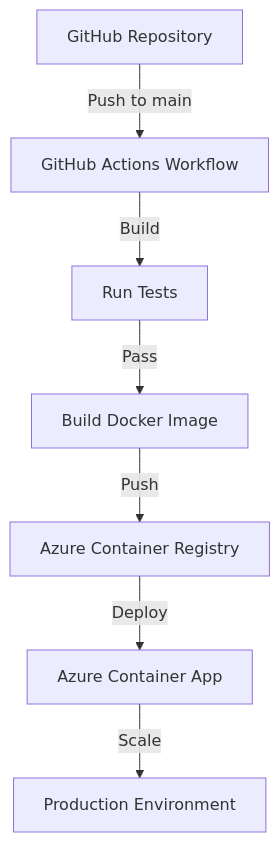
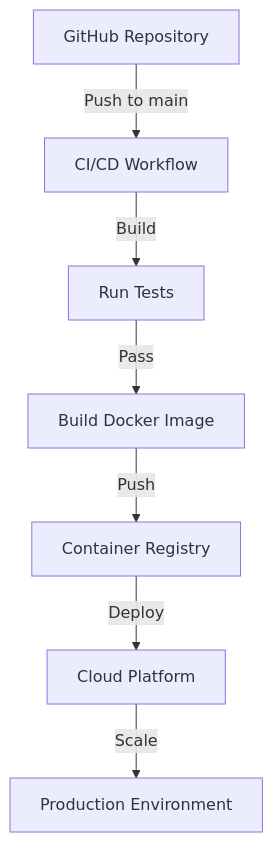
Before and after one commit to life423/Ascend-Avoid: the second of 2 diagrams in readme.md, drawn with Mermaid. The commit also changed other lines of this file and 21 other files, not shown here.

First line of the commit message:
refactor: remove outdated Azure deployment workflow

````diff
--- a/readme.md
+++ b/readme.md
@@ -151,9 +151,9 @@
 ```mermaid
 graph TD
-    A[GitHub Repository] -->|Push to main| B[GitHub Actions Workflow]
+    A[GitHub Repository] -->|Push to main| B[CI/CD Workflow]
     B -->|Build| C[Run Tests]
     C -->|Pass| D[Build Docker Image]
-    D -->|Push| E[Azure Container Registry]
-    E -->|Deploy| F[Azure Container App]
+    D -->|Push| E[Container Registry]
+    E -->|Deploy| F[Cloud Platform]
     F -->|Scale| G[Production Environment]
 ```
````
